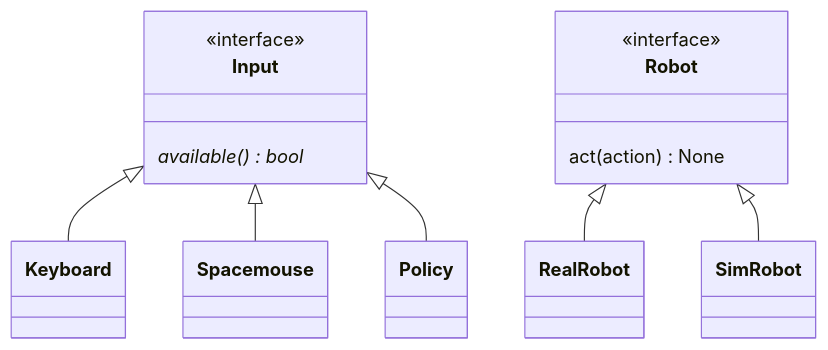
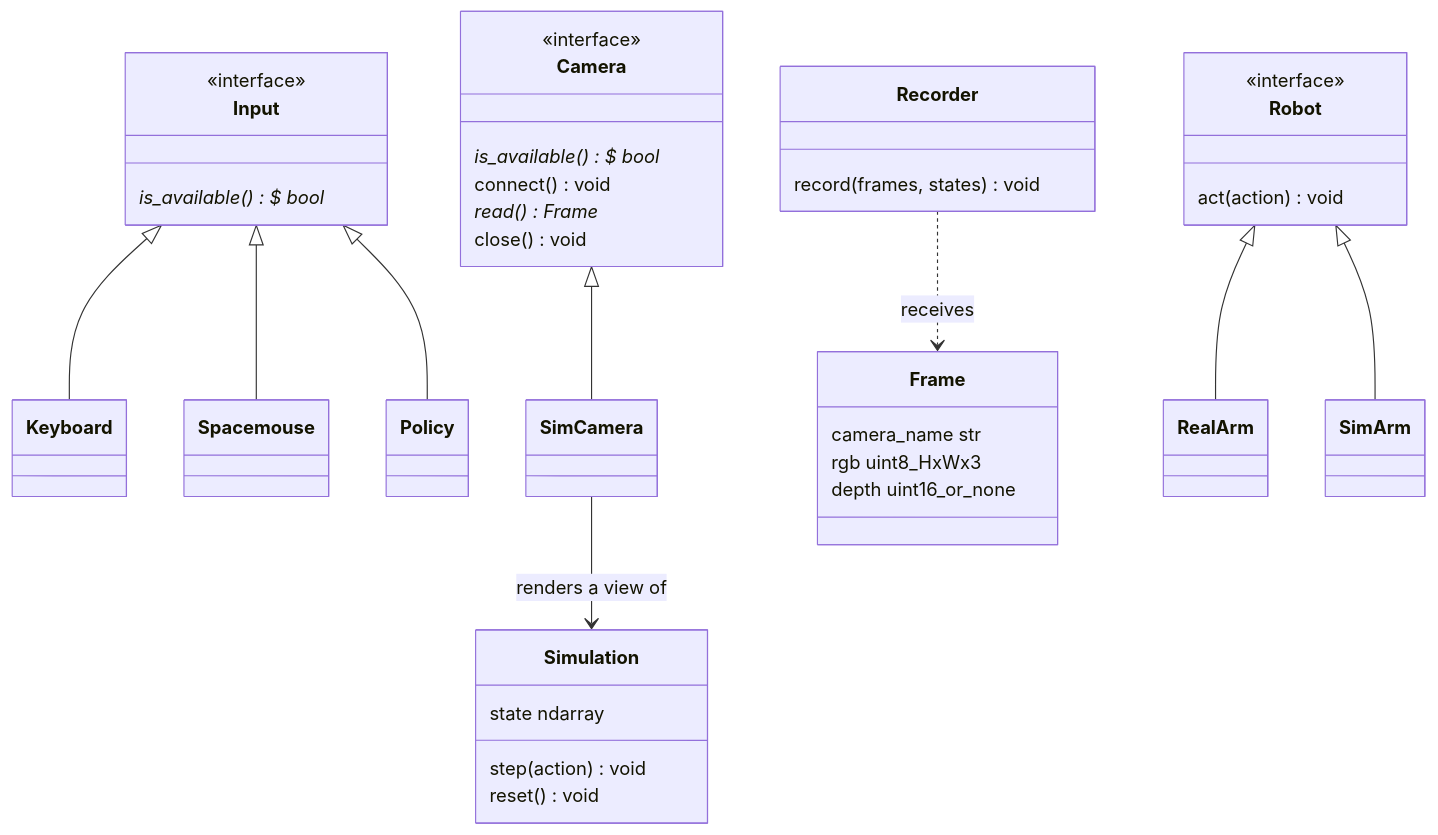
Before and after one commit to Hohnik/LaRobot: the diagram in docs/ARCHITECTURE.mmd, drawn with Mermaid. The commit also changed 16 other files, not shown here.

Commit message:
Refactor cameras and decouple from simulation wip: update architecure sim - simcam - simarm

```diff
--- a/docs/ARCHITECTURE.mmd
+++ b/docs/ARCHITECTURE.mmd
@@ -1,34 +1,59 @@
 classDiagram
-    %% Input
+    %% Inputs produce actions. Keyboard and Spacemouse are teleop, Policy is learned.
     class Input{
         <<interface>>
-        available()* bool
+        is_available()*$ bool
     }
     class Keyboard{
     }
-
     class Spacemouse{
     }
-
     class Policy{
     }
-
     Input <|-- Keyboard
     Input <|-- Spacemouse
     Input <|-- Policy
 
-    %% Robot
+    %% Cameras produce frames. SimCamera renders its own view at fps of sim time,
+    %% staggered by offset; all cameras share one offscreen renderer per scene.
+    class Camera{
+        <<interface>>
+        is_available()*$ bool
+        connect() void
+        read()* Frame
+        close() void
+    }
+    class SimCamera{
+    }
+    Camera <|-- SimCamera
+    class Frame{
+        camera_name str
+        rgb uint8_HxWx3
+        depth uint16_or_none
+    }
+
+    %% The simulation owns physics only. One step() is one control tick.
+    class Simulation{
+        step(action) void
+        reset() void
+        state ndarray
+    }
+    SimCamera --> Simulation : renders a view of
+
+    %% Recording writes frames and states to disk.
+    class Recorder{
+        record(frames, states) void
+    }
+    Recorder ..> Frame : receives
+
+    %% Planned: real and simulated arms behind one interface.
     class Robot{
         <<interface>>
-        act(action) None
+        act(action) void
     }
-    class RealRobot{}
-    class SimRobot{}
-    Robot <|-- RealRobot
-    Robot <|-- SimRobot
-
-    %% Recorder
-
-    %% Camera
-
-    %% Kinematics??
+    class RealArm{
+    }
+    class SimArm{
+    }
+    Robot <|-- RealArm
+    Robot <|-- SimArm
```
